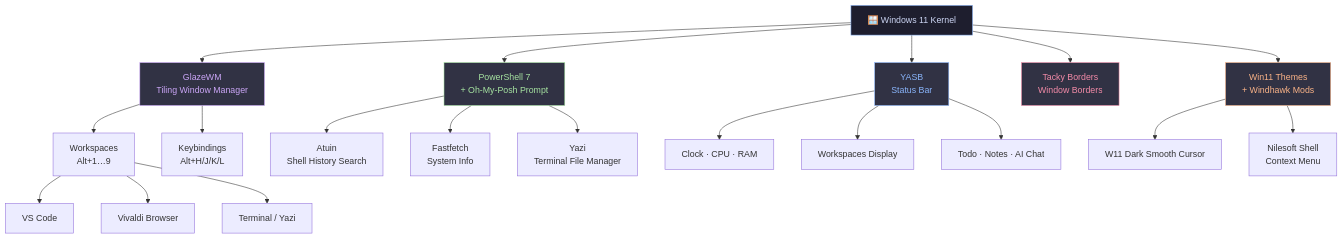
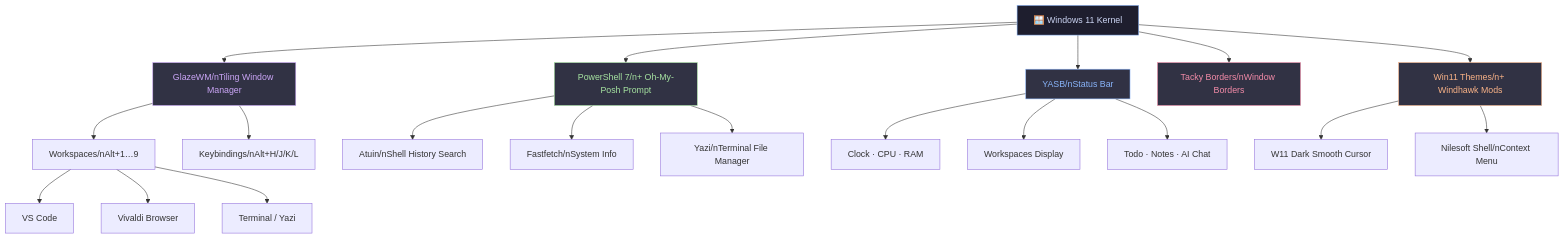
One commit to Somrat10369/Windows-11-Productive-Rice-Configs changed the first of 3 diagrams in README.md. Above: the diagram before and after it, drawn with Mermaid. The commit also changed other lines of this file, not shown here.

````diff
--- a/README.md
+++ b/README.md
@@ -121,34 +121,34 @@
 ```mermaid
 graph TD
     OS["🪟 Windows 11 Kernel"]
 
-    OS --> WM["GlazeWM\nTiling Window Manager"]
-    OS --> SHELL["PowerShell 7\n+ Oh-My-Posh Prompt"]
-    OS --> BAR["YASB\nStatus Bar"]
-    OS --> BORDER["Tacky Borders\nWindow Borders"]
-    OS --> THEME["Win11 Themes\n+ Windhawk Mods"]
+    OS --> WM["GlazeWM/nTiling Window Manager"]
+    OS --> SHELL["PowerShell 7/n+ Oh-My-Posh Prompt"]
+    OS --> BAR["YASB/nStatus Bar"]
+    OS --> BORDER["Tacky Borders/nWindow Borders"]
+    OS --> THEME["Win11 Themes/n+ Windhawk Mods"]
 
-    WM --> WORKSPACE["Workspaces\nAlt+1…9"]
-    WM --> KEYBINDS["Keybindings\nAlt+H/J/K/L"]
+    WM --> WORKSPACE["Workspaces/nAlt+1…9"]
+    WM --> KEYBINDS["Keybindings/nAlt+H/J/K/L"]
     WORKSPACE --> APP1["VS Code"]
     WORKSPACE --> APP2["Vivaldi Browser"]
     WORKSPACE --> APP3["Terminal / Yazi"]
 
-    SHELL --> ATUIN["Atuin\nShell History Search"]
-    SHELL --> FASTFETCH["Fastfetch\nSystem Info"]
-    SHELL --> YAZI["Yazi\nTerminal File Manager"]
+    SHELL --> ATUIN["Atuin/nShell History Search"]
+    SHELL --> FASTFETCH["Fastfetch/nSystem Info"]
+    SHELL --> YAZI["Yazi/nTerminal File Manager"]
 
     BAR --> WIDGET1["Clock · CPU · RAM"]
     BAR --> WIDGET2["Workspaces Display"]
     BAR --> WIDGET3["Todo · Notes · AI Chat"]
 
     THEME --> CURSOR["W11 Dark Smooth Cursor"]
-    THEME --> CTX["Nilesoft Shell\nContext Menu"]
+    THEME --> CTX["Nilesoft Shell/nContext Menu"]
 
     style OS fill:#1e1e2e,color:#cdd6f4,stroke:#89b4fa
     style WM fill:#313244,color:#cba6f7,stroke:#cba6f7
     style SHELL fill:#313244,color:#a6e3a1,stroke:#a6e3a1
     style BAR fill:#313244,color:#89b4fa,stroke:#89b4fa
     style BORDER fill:#313244,color:#f38ba8,stroke:#f38ba8
     style THEME fill:#313244,color:#fab387,stroke:#fab387
 ```
````
